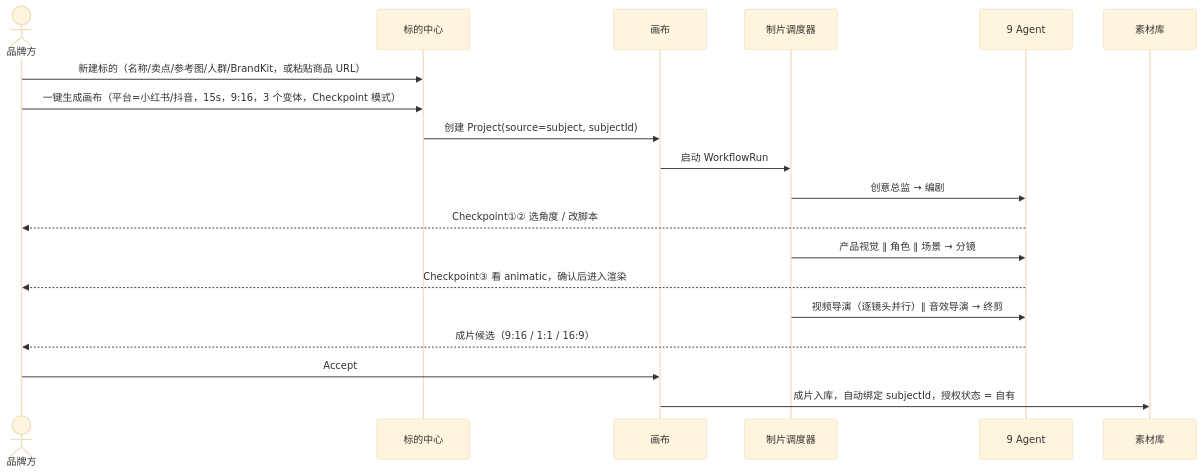
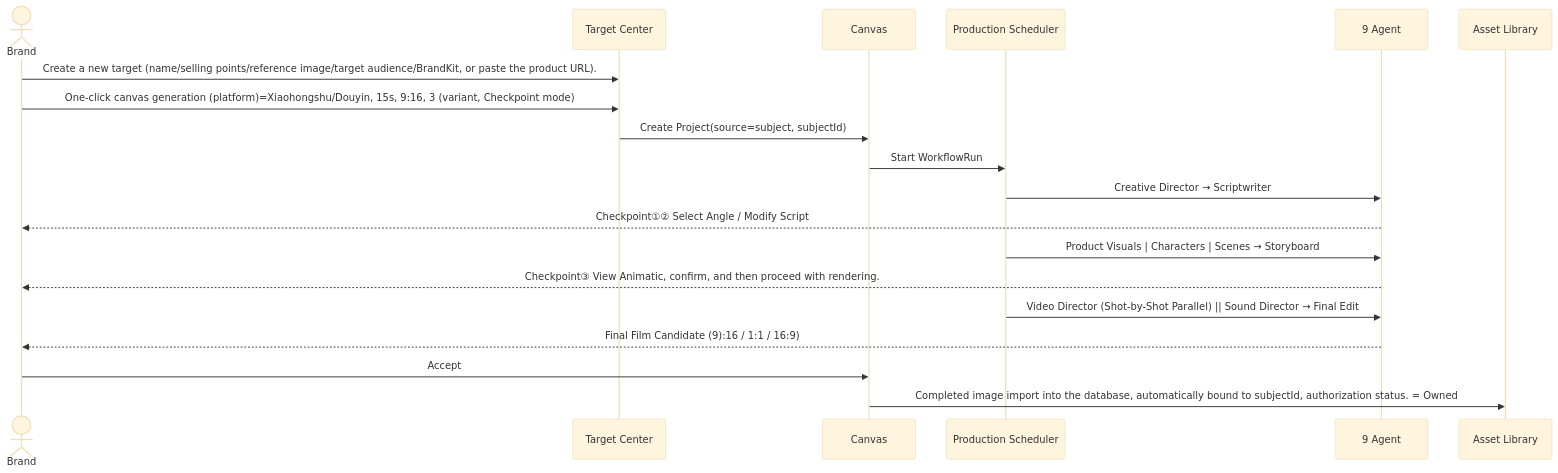
One commit to Runqi518/SPARKLE-AI---Your-Creativity-Deserves-a-Market changed the fourth of 17 diagrams in docs/prd.md. Above: the diagram before and after it, drawn with Mermaid (base theme). The commit also changed other lines of this file and 60 other files, not shown here.

````diff
--- a/docs/prd.md
+++ b/docs/prd.md
@@ -376,21 +350,21 @@
 ```mermaid
 sequenceDiagram
-    actor U as 品牌方
-    participant S as 标的中心
-    participant C as 画布
-    participant O as 制片调度器
+    actor U as Brand
+    participant S as Target Center
+    participant C as Canvas
+    participant O as Production Scheduler
     participant A as 9 Agent
-    participant L as 素材库
-    U->>S: 新建标的（名称/卖点/参考图/人群/BrandKit，或粘贴商品 URL）
-    U->>S: 一键生成画布（平台=小红书/抖音，15s，9:16，3 个变体，Checkpoint 模式）
-    S->>C: 创建 Project(source=subject, subjectId)
-    C->>O: 启动 WorkflowRun
-    O->>A: 创意总监 → 编剧
-    A-->>U: Checkpoint①② 选角度 / 改脚本
-    O->>A: 产品视觉 ∥ 角色 ∥ 场景 → 分镜
-    A-->>U: Checkpoint③ 看 animatic，确认后进入渲染
-    O->>A: 视频导演（逐镜头并行）∥ 音效导演 → 终剪
-    A-->>U: 成片候选（9:16 / 1:1 / 16:9）
+    participant L as Asset Library
+    U->>S: Create a new target (name/selling points/reference image/target audience/BrandKit, or paste the product URL).
+    U->>S: One-click canvas generation (platform)=Xiaohongshu/Douyin, 15s, 9:16, 3 (variant, Checkpoint mode)
+    S->>C: Create Project(source=subject, subjectId)
+    C->>O: Start WorkflowRun
+    O->>A: Creative Director → Scriptwriter
+    A-->>U: Checkpoint①② Select Angle / Modify Script
+    O->>A: Product Visuals | Characters | Scenes → Storyboard
+    A-->>U: Checkpoint③ View Animatic, confirm, and then proceed with rendering.
+    O->>A: Video Director (Shot-by-Shot Parallel) || Sound Director → Final Edit
+    A-->>U: Final Film Candidate (9):16 / 1:1 / 16:9)
     U->>C: Accept
-    C->>L: 成片入库，自动绑定 subjectId，授权状态 = 自有
+    C->>L: Completed image import into the database, automatically bound to subjectId, authorization status. = Owned
 ```
````
